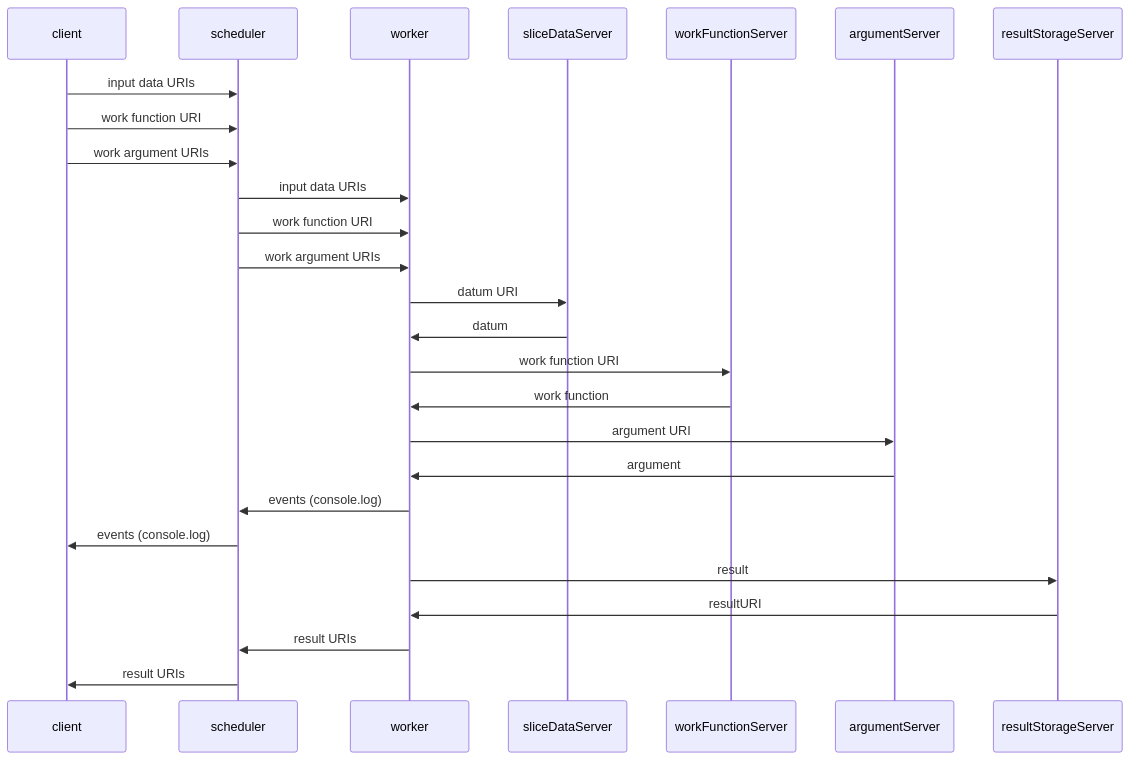
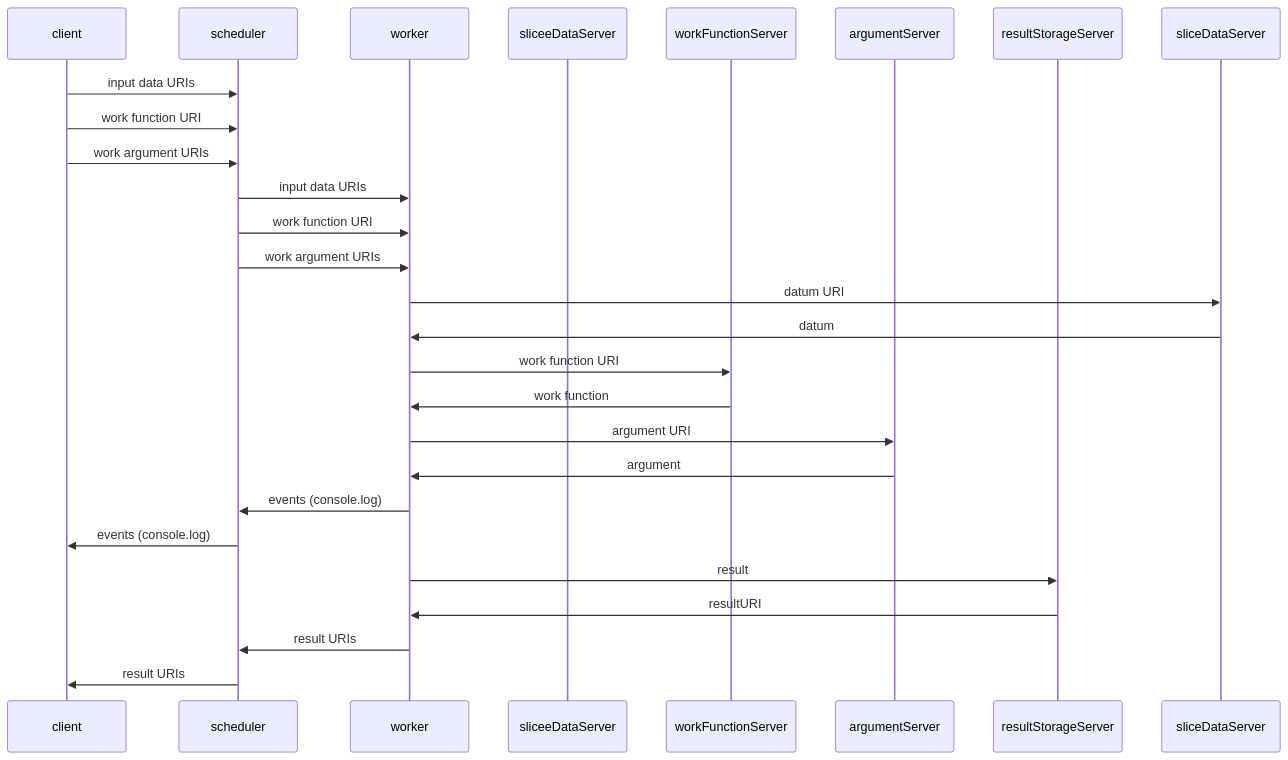
Before and after one commit to kharazian/dcp-rds: the diagram in README.md, drawn with Mermaid. The commit also changed other lines of this file, not shown here.

````diff
--- a/README.md
+++ b/README.md
@@ -156,36 +193,36 @@
 ```mermaid
 sequenceDiagram 
 participant client
 participant scheduler
 participant worker
-participant sliceDataServer
+participant sliceeDataServer
 participant workFunctionServer
 participant argumentServer
 participant resultStorageServer
 
 client ->> scheduler: input data URIs
 client ->> scheduler: work function URI
 client ->> scheduler: work argument URIs
 
 scheduler ->> worker: input data URIs
 scheduler ->> worker: work function URI
 scheduler ->> worker: work argument URIs
 
 worker ->> sliceDataServer: datum URI
 sliceDataServer ->> worker: datum
 
 worker ->> workFunctionServer: work function URI
 workFunctionServer ->> worker: work function
 
 worker ->> argumentServer: argument URI
 argumentServer ->> worker: argument
 
 worker ->> scheduler: events (console.log)
 scheduler ->> client: events (console.log)
 
 worker ->> resultStorageServer: result
 resultStorageServer ->> worker: resultURI
 worker ->> scheduler: result URIs
 scheduler ->> client: result URIs
 
 ```
````
